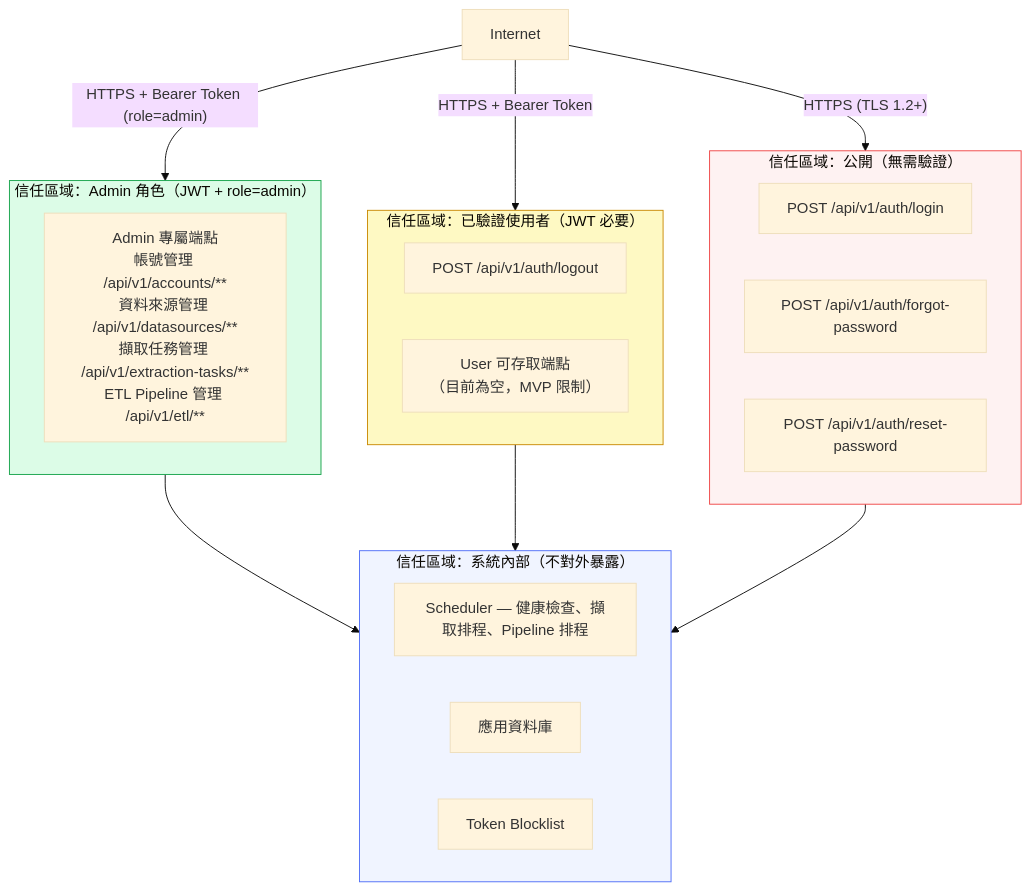
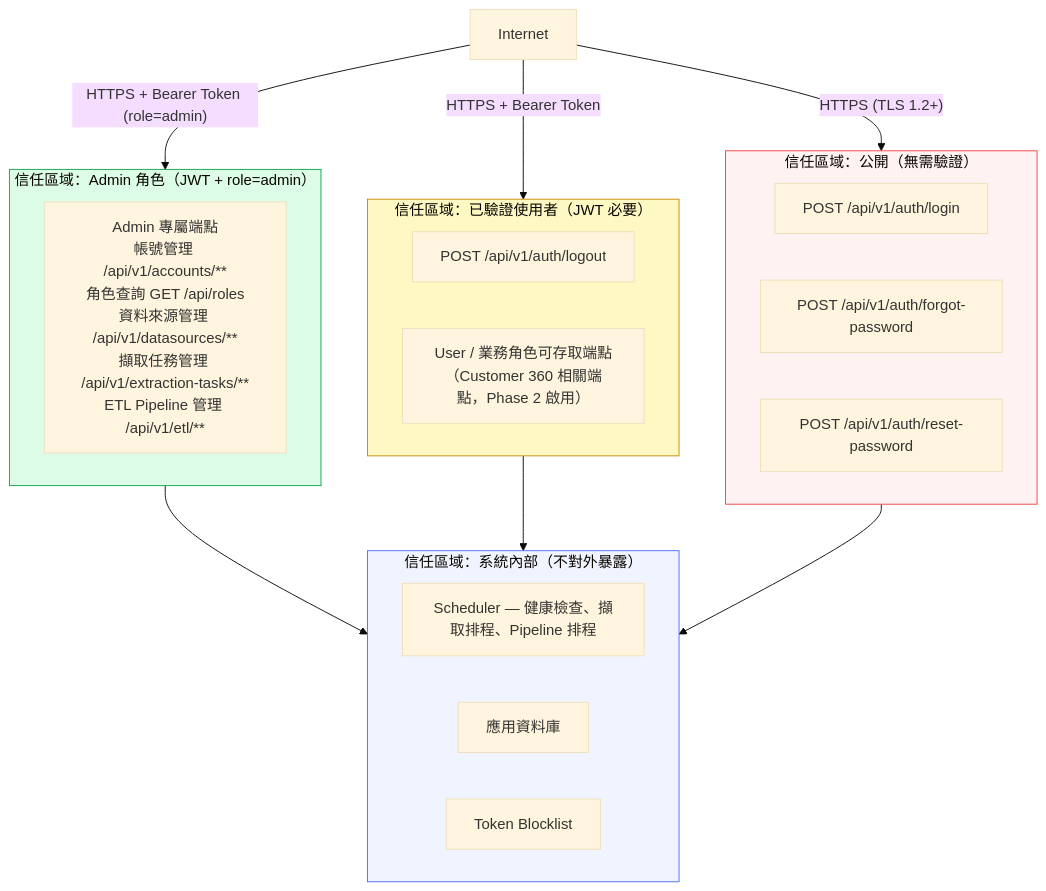
One commit to wisewhalesoft/cdmp-mvp changed the third of 17 diagrams in docs/specs/architecture-spec.md. Above: the diagram before and after it, drawn with Mermaid (base theme). The commit also changed other lines of this file and 13 other files, not shown here.

````diff
--- a/docs/specs/architecture-spec.md
+++ b/docs/specs/architecture-spec.md
@@ -165,39 +165,39 @@
 ```mermaid
 graph TB
     subgraph TZ_Public["信任區域：公開（無需驗證）"]
         Login["POST /api/v1/auth/login"]
         ForgotPw["POST /api/v1/auth/forgot-password"]
         ResetPw["POST /api/v1/auth/reset-password"]
     end
 
     subgraph TZ_Auth["信任區域：已驗證使用者（JWT 必要）"]
         Logout["POST /api/v1/auth/logout"]
-        UserEndpoints["User 可存取端點<br/>（目前為空，MVP 限制）"]
+        UserEndpoints["User / 業務角色可存取端點<br/>（Customer 360 相關端點，Phase 2 啟用）"]
     end
 
     subgraph TZ_Admin["信任區域：Admin 角色（JWT + role=admin）"]
-        AdminEndpoints["Admin 專屬端點<br/>帳號管理 /api/v1/accounts/**<br/>資料來源管理 /api/v1/datasources/**<br/>擷取任務管理 /api/v1/extraction-tasks/**<br/>ETL Pipeline 管理 /api/v1/etl/**"]
+        AdminEndpoints["Admin 專屬端點<br/>帳號管理 /api/v1/accounts/**<br/>角色查詢 GET /api/roles<br/>資料來源管理 /api/v1/datasources/**<br/>擷取任務管理 /api/v1/extraction-tasks/**<br/>ETL Pipeline 管理 /api/v1/etl/**"]
     end
 
     subgraph TZ_Internal["信任區域：系統內部（不對外暴露）"]
         Scheduler["Scheduler — 健康檢查、擷取排程、Pipeline 排程"]
         DB["應用資料庫"]
         TokenStore["Token Blocklist"]
     end
 
     Internet -->|"HTTPS (TLS 1.2+)"| TZ_Public
     Internet -->|"HTTPS + Bearer Token"| TZ_Auth
     Internet -->|"HTTPS + Bearer Token (role=admin)"| TZ_Admin
     TZ_Admin --> TZ_Internal
     TZ_Auth --> TZ_Internal
     TZ_Public --> TZ_Internal
 
     classDef public fill:#fef2f2,stroke:#ef4444
     classDef auth fill:#fef9c3,stroke:#ca8a04
     classDef admin fill:#dcfce7,stroke:#16a34a
     classDef internal fill:#f0f4ff,stroke:#4f6ef7
     class TZ_Public public
     class TZ_Auth auth
     class TZ_Admin admin
     class TZ_Internal internal
 ```
````
